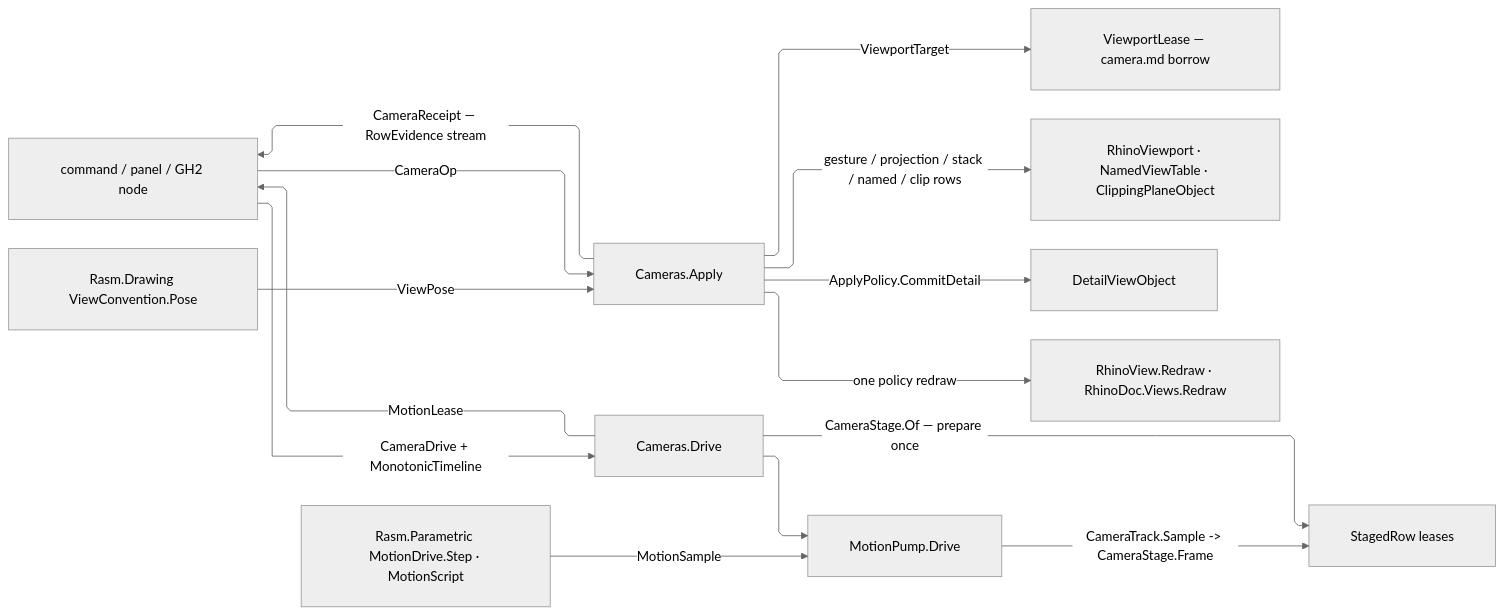
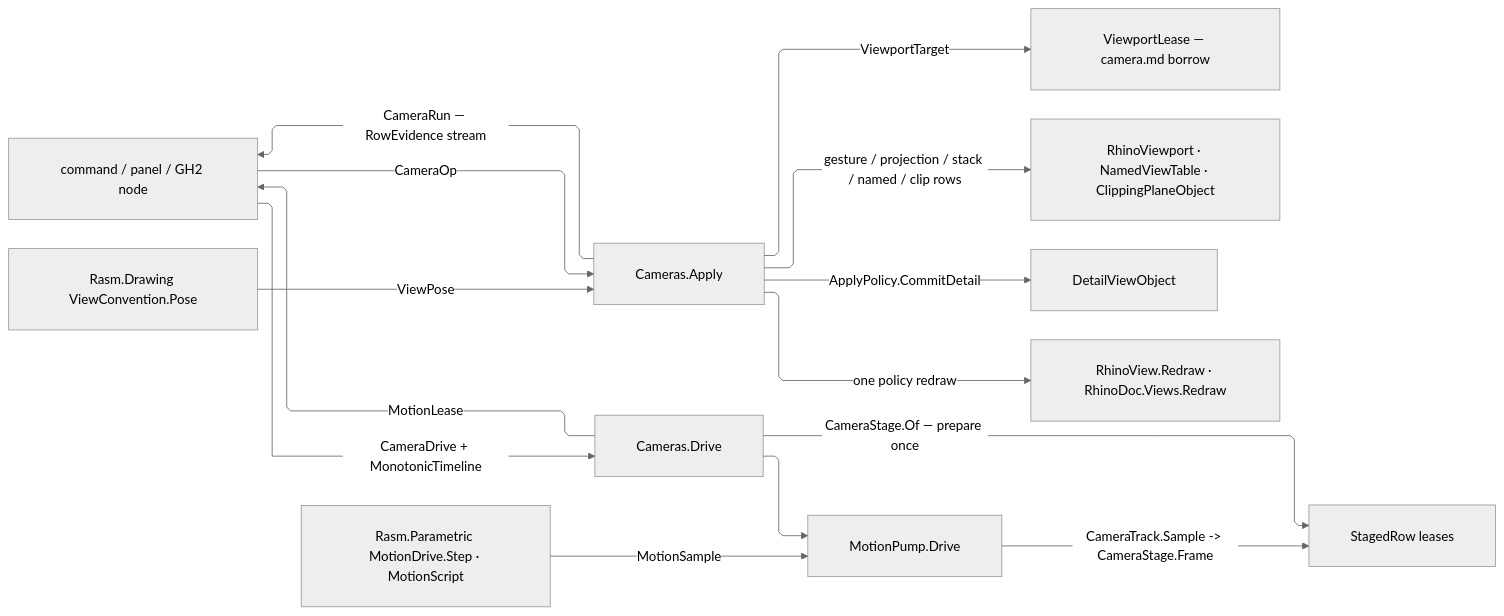
One commit to bsamiee/Rasm changed the diagram in libs/dotnet/Rasm.Rhino/.planning/Viewport/operations.md. Above: the diagram before and after it, drawn with Mermaid (neutral theme). The commit also changed other lines of this file and 1417 other files, not shown here.

````diff
--- a/libs/dotnet/Rasm.Rhino/.planning/Viewport/operations.md
+++ b/libs/dotnet/Rasm.Rhino/.planning/Viewport/operations.md
@@ -883,25 +883,25 @@
 ```mermaid
 ---
 config:
   layout: elk
   flowchart:
     curve: linear
     padding: 25
 ---
 flowchart LR
     accTitle: Rhino camera operation rail
-    accDescr: Two entries split by payload timing — a static apply that borrows a viewport lease, lands gesture, projection, stack, named, clip, and convention rows on the host viewport, commits detail changes, and returns one row-evidence receipt; and a paced drive that stages the rows once, samples the kernel motion drive, and returns the running motion lease.
+    accDescr: Two entries split by payload timing — a static apply that borrows a viewport lease, lands gesture, projection, stack, named, clip, and convention rows on the host viewport, commits detail changes, and returns one row-evidence outcome; and a paced drive that stages the rows once, samples the kernel motion drive, and returns the running motion lease.
     Consumer["command / panel / GH2 node"] -->|CameraOp| Rail["Cameras.Apply"]
     Consumer -->|"CameraDrive + MonotonicTimeline"| Paced["Cameras.Drive"]
     Rail -->|ViewportTarget| Lease["ViewportLease — camera.md borrow"]
     Intent["Rasm.Drawing ViewConvention.Pose"] -->|ViewPose| Rail
     Rail -->|"gesture / projection / stack / named / clip rows"| Viewport["RhinoViewport · NamedViewTable · ClippingPlaneObject"]
     Rail -->|"ApplyPolicy.CommitDetail"| Detail["DetailViewObject"]
     Rail -->|"one policy redraw"| Redraw["RhinoView.Redraw · RhinoDoc.Views.Redraw"]
-    Rail -->|"CameraReceipt — RowEvidence stream"| Consumer
+    Rail -->|"CameraRun — RowEvidence stream"| Consumer
     Paced -->|"CameraStage.Of — prepare once"| Staged["StagedRow leases"]
     Kernel["Rasm.Parametric MotionDrive.Step · MotionScript"] -->|MotionSample| Pump["MotionPump.Drive"]
     Paced --> Pump
     Pump -->|"CameraTrack.Sample -> CameraStage.Frame"| Staged
     Paced -->|MotionLease| Consumer
 ```
````
